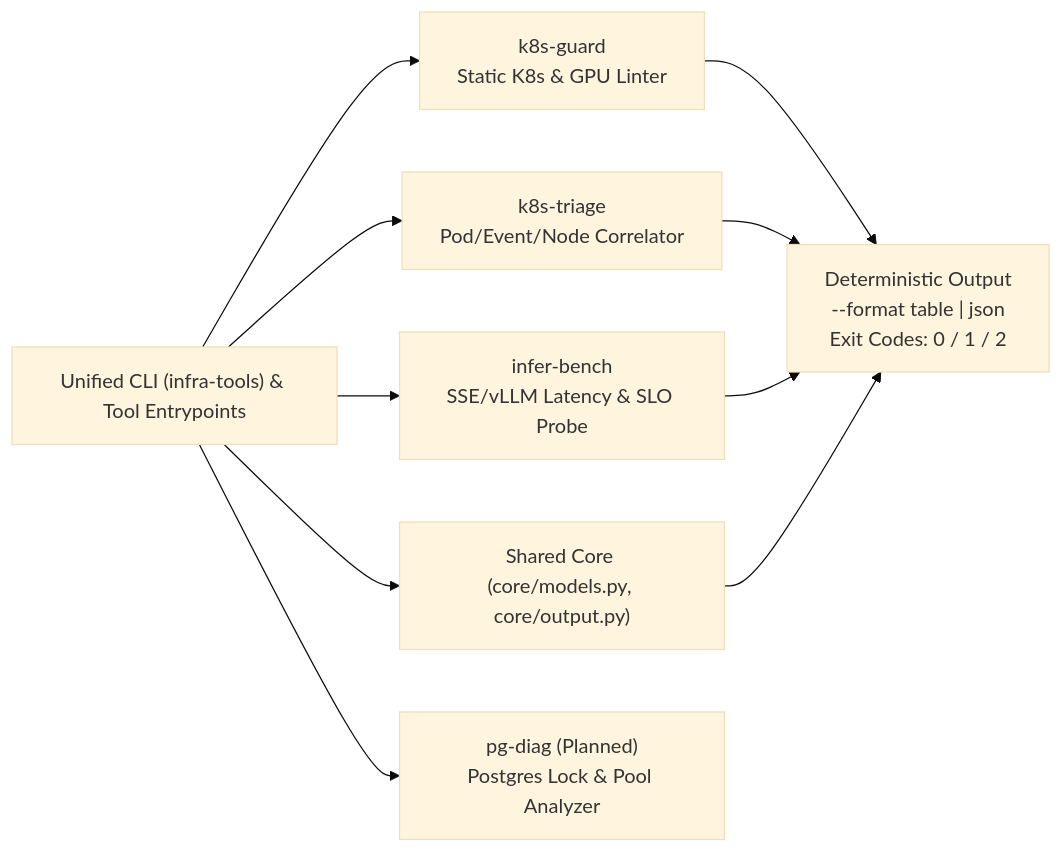
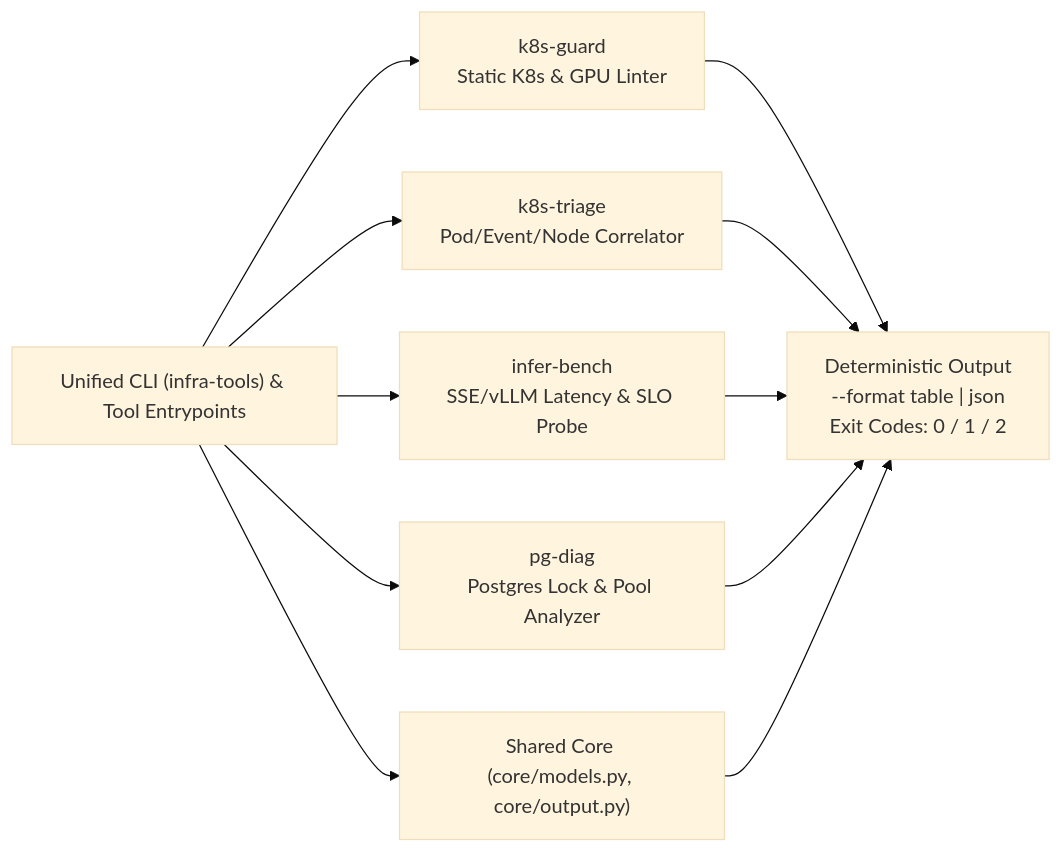
One commit to mohananarasimha/infrastructure-tools changed the diagram in README.md. Above: the diagram before and after it, drawn with Mermaid (base theme). The commit also changed other lines of this file and 15 other files, not shown here.

First line of the commit message:
Add pg-diag: read-only Postgres lock-chain, saturation, and idle-in-transaction analyzer (#6)

````diff
--- a/README.md
+++ b/README.md
@@ -7,13 +7,14 @@
 ```mermaid
 flowchart LR
     CLI["Unified CLI (infra-tools) & Tool Entrypoints"] --> CORE["Shared Core (core/models.py, core/output.py)"]
     CLI --> KG["k8s-guard\nStatic K8s & GPU Linter"]
     CLI --> KT["k8s-triage\nPod/Event/Node Correlator"]
     CLI --> IB["infer-bench\nSSE/vLLM Latency & SLO Probe"]
-    CLI --> PG["pg-diag (Planned)\nPostgres Lock & Pool Analyzer"]
+    CLI --> PG["pg-diag\nPostgres Lock & Pool Analyzer"]
 
     KG --> OUT["Deterministic Output\n--format table | json\nExit Codes: 0 / 1 / 2"]
     KT --> OUT
     IB --> OUT
+    PG --> OUT
     CORE --> OUT
 ```
````
